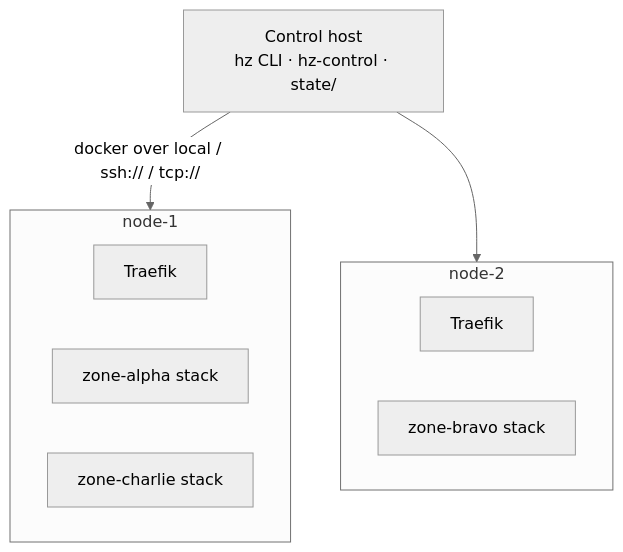
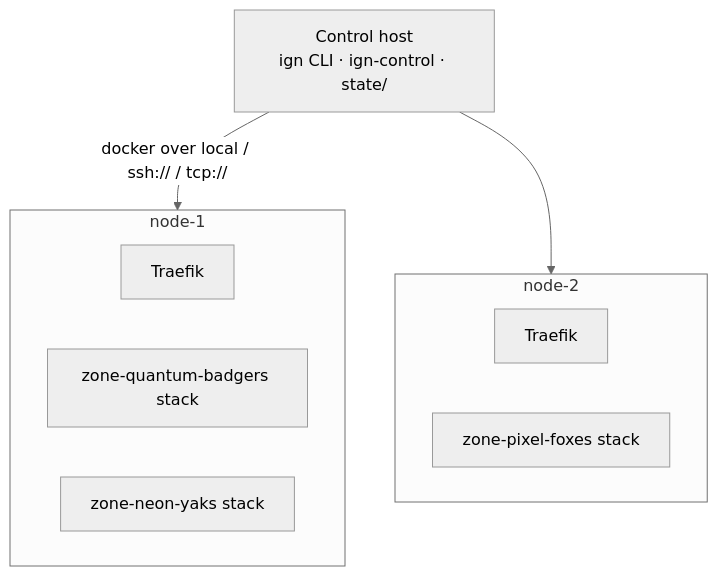
Before and after one commit to johnjoeallen/ignition: the first of 4 diagrams in docs/architecture.md, drawn with Mermaid (neutral theme). The commit also changed other lines of this file and 19 other files, not shown here.

````diff
--- a/docs/architecture.md
+++ b/docs/architecture.md
@@ -30,16 +30,16 @@
 ```mermaid
 flowchart TB
-    ch["Control host<br/>hz CLI · hz-control · state/"]
+    ch["Control host<br/>ign CLI · ign-control · state/"]
     ch -->|"docker over local / ssh:// / tcp://"| n1
     ch -->|"    "| n2
 
     subgraph n1["node-1"]
         t1["Traefik"]
-        za["zone-alpha stack"]
-        zc["zone-charlie stack"]
+        za["zone-quantum-badgers stack"]
+        zc["zone-neon-yaks stack"]
     end
     subgraph n2["node-2"]
         t2["Traefik"]
-        zb["zone-bravo stack"]
+        zb["zone-pixel-foxes stack"]
     end
 ```
````
